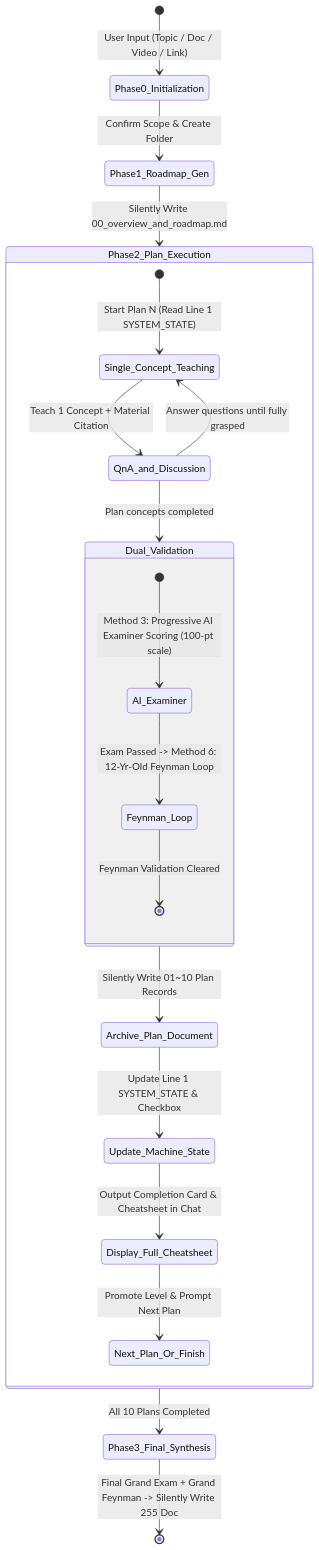
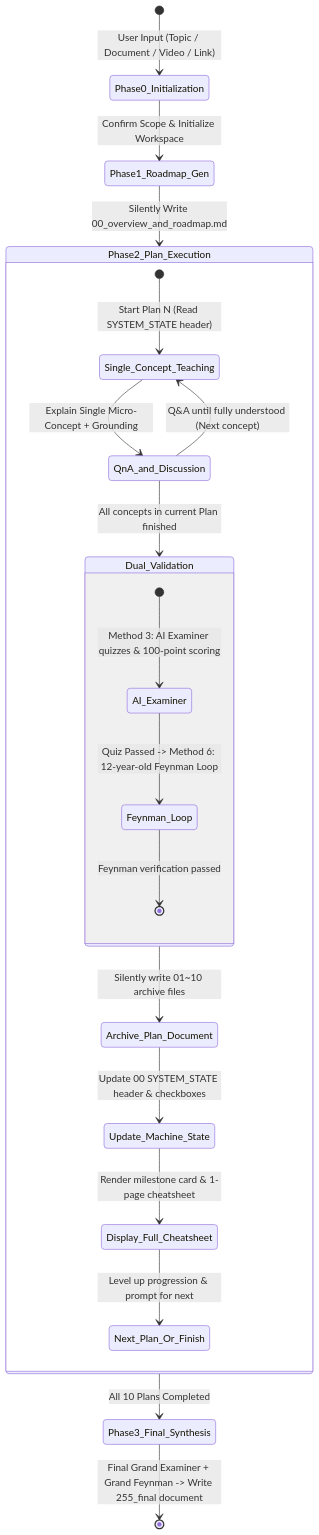
Before and after one commit to lowellran/Study_via_AI: the diagram in README_EN.md, drawn with Mermaid. The commit also changed other lines of this file, not shown here.

Commit message:
docs: synchronize README_EN with latest architecture, badges and examples

````diff
--- a/README_EN.md
+++ b/README_EN.md
@@ -108,27 +86,27 @@
 ```mermaid
 stateDiagram-v2
-    [*] --> Phase0_Initialization: User Input (Topic / Doc / Video / Link)
-    Phase0_Initialization --> Phase1_Roadmap_Gen: Confirm Scope & Create Folder
+    [*] --> Phase0_Initialization: User Input (Topic / Document / Video / Link)
+    Phase0_Initialization --> Phase1_Roadmap_Gen: Confirm Scope & Initialize Workspace
     Phase1_Roadmap_Gen --> Phase2_Plan_Execution: Silently Write 00_overview_and_roadmap.md
     
     state Phase2_Plan_Execution {
-        [*] --> Single_Concept_Teaching: Start Plan N (Read Line 1 SYSTEM_STATE)
-        Single_Concept_Teaching --> QnA_and_Discussion: Teach 1 Concept + Material Citation
-        QnA_and_Discussion --> Single_Concept_Teaching: Answer questions until fully grasped
-        QnA_and_Discussion --> Dual_Validation: Plan concepts completed
+        [*] --> Single_Concept_Teaching: Start Plan N (Read SYSTEM_STATE header)
+        Single_Concept_Teaching --> QnA_and_Discussion: Explain Single Micro-Concept + Grounding
+        QnA_and_Discussion --> Single_Concept_Teaching: Q&A until fully understood (Next concept)
+        QnA_and_Discussion --> Dual_Validation: All concepts in current Plan finished
         
         state Dual_Validation {
-            [*] --> AI_Examiner: Method 3: Progressive AI Examiner Scoring (100-pt scale)
-            AI_Examiner --> Feynman_Loop: Exam Passed -> Method 6: 12-Yr-Old Feynman Loop
-            Feynman_Loop --> [*]: Feynman Validation Cleared
+            [*] --> AI_Examiner: Method 3: AI Examiner quizzes & 100-point scoring
+            AI_Examiner --> Feynman_Loop: Quiz Passed -> Method 6: 12-year-old Feynman Loop
+            Feynman_Loop --> [*]: Feynman verification passed
         }
         
-        Dual_Validation --> Archive_Plan_Document: Silently Write 01~10 Plan Records
-        Archive_Plan_Document --> Update_Machine_State: Update Line 1 SYSTEM_STATE & Checkbox
-        Update_Machine_State --> Display_Full_Cheatsheet: Output Completion Card & Cheatsheet in Chat
-        Display_Full_Cheatsheet --> Next_Plan_Or_Finish: Promote Level & Prompt Next Plan
+        Dual_Validation --> Archive_Plan_Document: Silently write 01~10 archive files
+        Archive_Plan_Document --> Update_Machine_State: Update 00 SYSTEM_STATE header & checkboxes
+        Update_Machine_State --> Display_Full_Cheatsheet: Render milestone card & 1-page cheatsheet
+        Display_Full_Cheatsheet --> Next_Plan_Or_Finish: Level up progression & prompt for next
     }
     
     Phase2_Plan_Execution --> Phase3_Final_Synthesis: All 10 Plans Completed
-    Phase3_Final_Synthesis --> [*]: Final Grand Exam + Grand Feynman -> Silently Write 255 Doc
+    Phase3_Final_Synthesis --> [*]: Final Grand Examiner + Grand Feynman -> Write 255_final document
 ```
````
